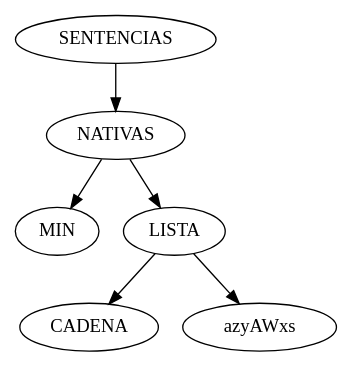
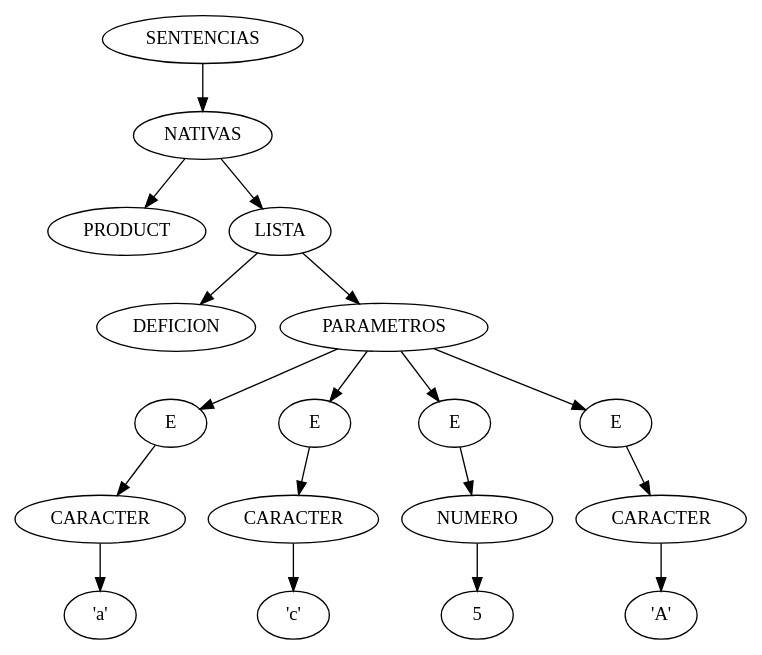
Before and after one commit to jpamela2604/proyecto_lenguaje: the diagram in PROYECTO1/dibujo/arbol.dot, drawn with Graphviz. The commit also changed 11 other files, not shown here.

```diff
--- a/PROYECTO1/dibujo/arbol.dot
+++ b/PROYECTO1/dibujo/arbol.dot
@@ -1,12 +1,36 @@
-digraph arbol{nodo16661168 [label="SENTENCIAS"];
-nodo16661168 ->nodo21224304;
-nodo21224304 [label="NATIVAS"];
-nodo21224304 ->nodo21224336;
-nodo21224336 [label="MIN"];
-nodo21224304 ->nodo21123648;
-nodo21123648 [label="LISTA"];
-nodo21123648 ->nodo21224240;
-nodo21224240 [label="CADENA"];
-nodo21123648 ->nodo21224272;
-nodo21224272 [label=" azyAWxs "];
+digraph arbol{nodo9193344 [label="SENTENCIAS"];
+nodo9193344 ->nodo11364384;
+nodo11364384 [label="NATIVAS"];
+nodo11364384 ->nodo11364416;
+nodo11364416 [label="PRODUCT"];
+nodo11364384 ->nodo8995920;
+nodo8995920 [label="LISTA"];
+nodo8995920 ->nodo8995952;
+nodo8995952 [label="DEFICION"];
+nodo8995920 ->nodo11351088;
+nodo11351088 [label="PARAMETROS"];
+nodo11351088 ->nodo9073632;
+nodo9073632 [label="E"];
+nodo9073632 ->nodo16828544;
+nodo16828544 [label="CARACTER"];
+nodo16828544 ->nodo11710480;
+nodo11710480 [label="'a'"];
+nodo11351088 ->nodo10912032;
+nodo10912032 [label="E"];
+nodo10912032 ->nodo11351120;
+nodo11351120 [label="CARACTER"];
+nodo11351120 ->nodo10912000;
+nodo10912000 [label="'c'"];
+nodo11351088 ->nodo10910528;
+nodo10910528 [label="E"];
+nodo10910528 ->nodo10910560;
+nodo10910560 [label="NUMERO"];
+nodo10910560 ->nodo10888080;
+nodo10888080 [label="5"];
+nodo11351088 ->nodo9190064;
+nodo9190064 [label="E"];
+nodo9190064 ->nodo10888112;
+nodo10888112 [label="CARACTER"];
+nodo10888112 ->nodo9190032;
+nodo9190032 [label="'A'"];
 }
```
